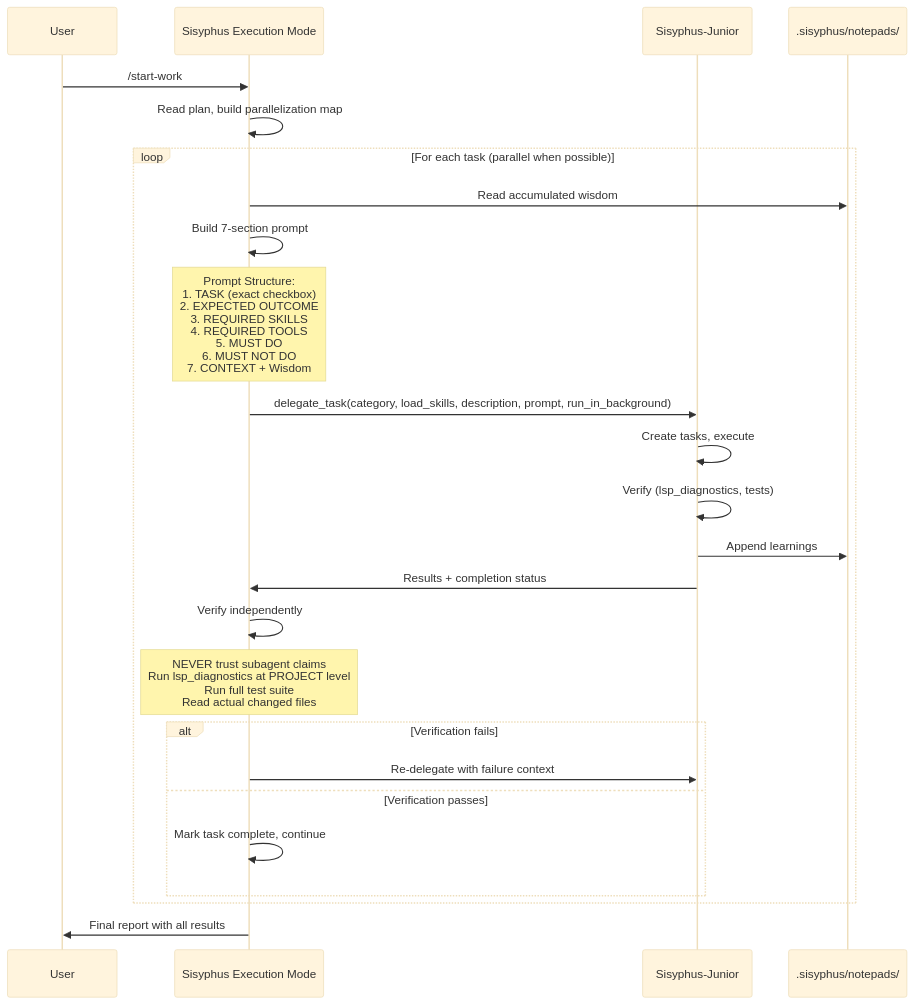
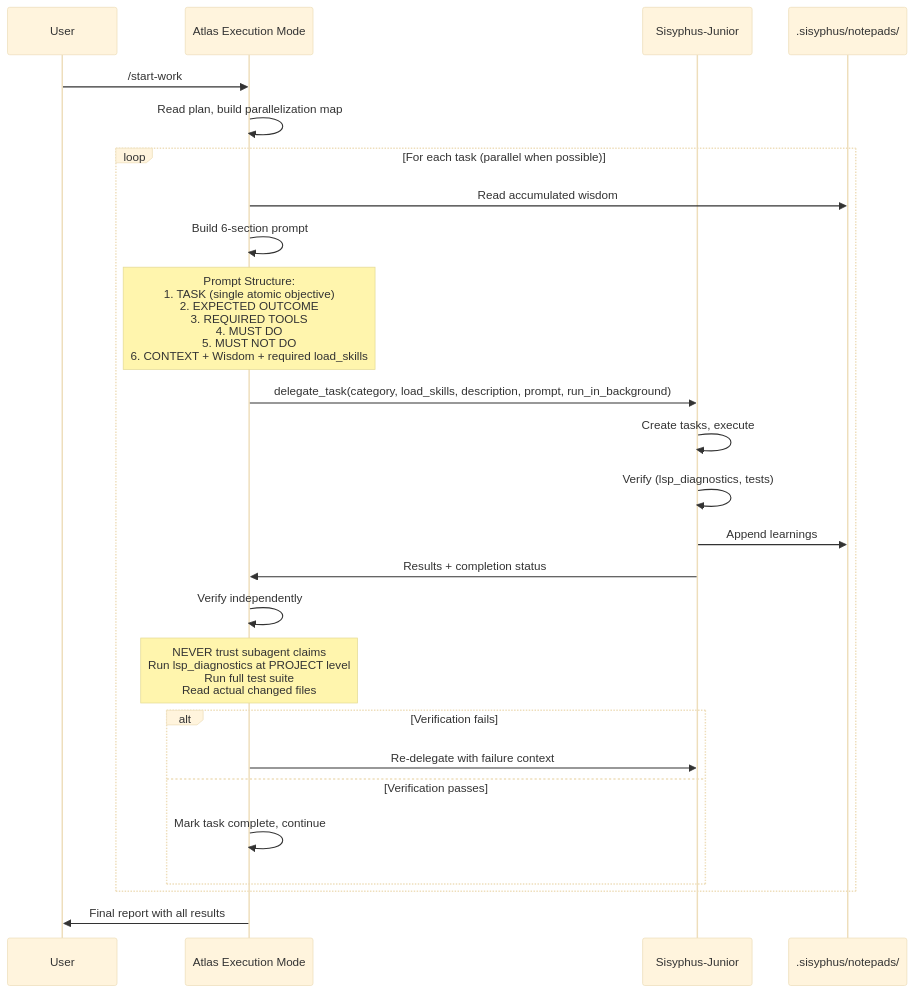
Before and after one commit to arcthur/oh-my-opencode: the fourth of 4 diagrams in docs/guide/understanding-orchestration-system.md, drawn with Mermaid (base theme). The commit also changed other lines of this file and 72 other files, not shown here.

First line of the commit message:
feat(execution): restore Atlas execution pipeline on SSOT

````diff
--- a/docs/guide/understanding-orchestration-system.md
+++ b/docs/guide/understanding-orchestration-system.md
@@ -377,35 +377,35 @@
 ```mermaid
 sequenceDiagram
     participant User
-    participant Orchestrator as Sisyphus Execution Mode
+    participant Orchestrator as Atlas Execution Mode
     participant Junior as Sisyphus-Junior
     participant Notepad as .sisyphus/notepads/
     
     User->>Orchestrator: /start-work
     Orchestrator->>Orchestrator: Read plan, build parallelization map
     
     loop For each task (parallel when possible)
         Orchestrator->>Notepad: Read accumulated wisdom
-        Orchestrator->>Orchestrator: Build 7-section prompt
+        Orchestrator->>Orchestrator: Build 6-section prompt
         
-        Note over Orchestrator: Prompt Structure:<br/>1. TASK (exact checkbox)<br/>2. EXPECTED OUTCOME<br/>3. REQUIRED SKILLS<br/>4. REQUIRED TOOLS<br/>5. MUST DO<br/>6. MUST NOT DO<br/>7. CONTEXT + Wisdom
+        Note over Orchestrator: Prompt Structure:<br/>1. TASK (single atomic objective)<br/>2. EXPECTED OUTCOME<br/>3. REQUIRED TOOLS<br/>4. MUST DO<br/>5. MUST NOT DO<br/>6. CONTEXT + Wisdom + required load_skills
         
         Orchestrator->>Junior: delegate_task(category, load_skills, description, prompt, run_in_background)
         
         Junior->>Junior: Create tasks, execute
         Junior->>Junior: Verify (lsp_diagnostics, tests)
         Junior->>Notepad: Append learnings
         Junior->>Orchestrator: Results + completion status
         
         Orchestrator->>Orchestrator: Verify independently
         Note over Orchestrator: NEVER trust subagent claims<br/>Run lsp_diagnostics at PROJECT level<br/>Run full test suite<br/>Read actual changed files
         
         alt Verification fails
             Orchestrator->>Junior: Re-delegate with failure context
         else Verification passes
             Orchestrator->>Orchestrator: Mark task complete, continue
         end
     end
     
     Orchestrator->>User: Final report with all results
 ```
````
